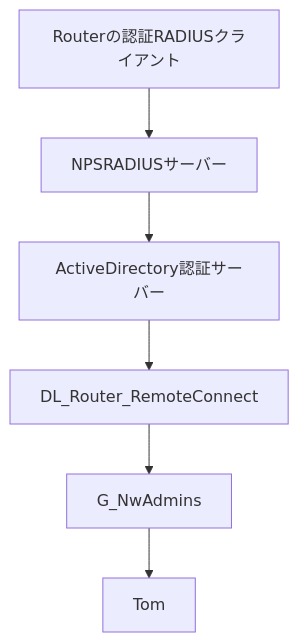
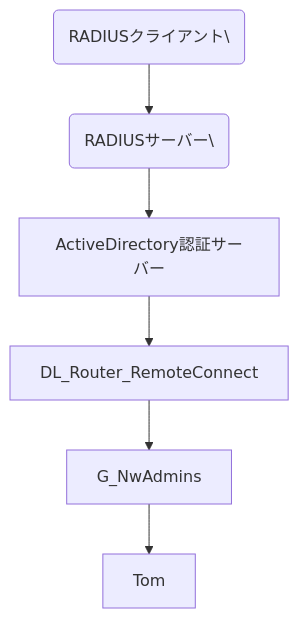
One commit to ccsi-instructor/infra1 changed the first of 2 diagrams in RADIUS認証環境構築.md. Above: the diagram before and after it, drawn with Mermaid.

````diff
--- a/RADIUS認証環境構築.md
+++ b/RADIUS認証環境構築.md
@@ -74,8 +74,8 @@
     ```mermaid
     graph TD;
-        Routerの認証RADIUSクライアント-->NPSRADIUSサーバー;
-        NPSRADIUSサーバー-->ActiveDirectory認証サーバー;
+        Routerの認証\(RADIUSクライアント\)-->NPS\(RADIUSサーバー\);
+        NPS\(RADIUSサーバー\)-->ActiveDirectory認証サーバー;
         ActiveDirectory認証サーバー-->DL_Router_RemoteConnect;
         DL_Router_RemoteConnect-->G_NwAdmins;
         G_NwAdmins-->Tom;
     ```
````
